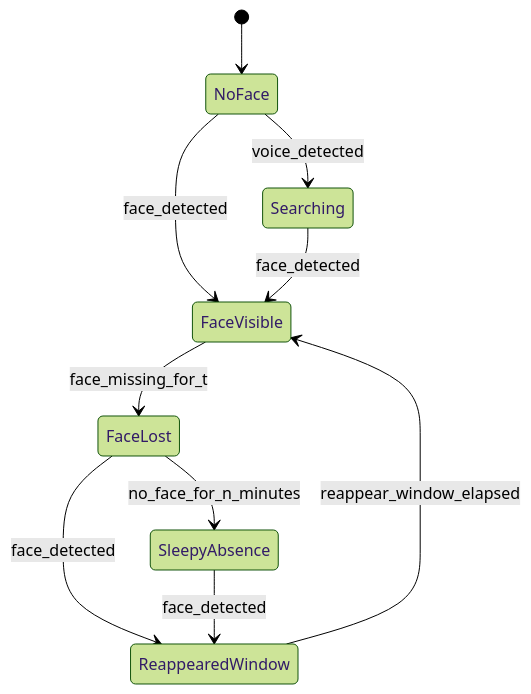
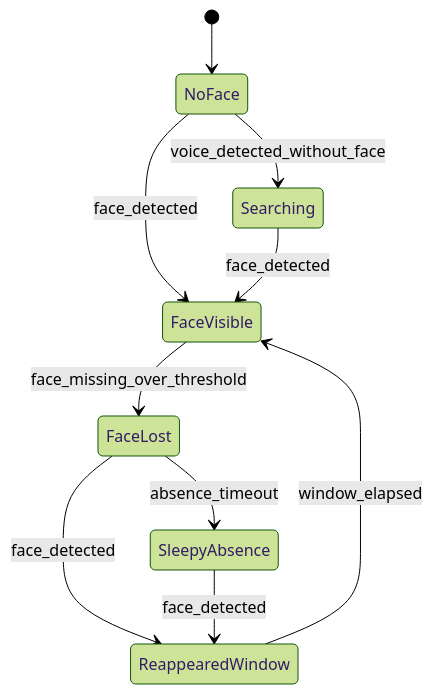
Before and after one commit to soyangBaek/RIO: the first of 4 diagrams in docs/state-machine.md, drawn with Mermaid (forest theme). The commit also changed other lines of this file and 15 other files, not shown here.

````diff
--- a/docs/state-machine.md
+++ b/docs/state-machine.md
@@ -24,12 +21,12 @@
 ```mermaid
 stateDiagram-v2
     [*] --> NoFace
-    NoFace --> Searching : voice_detected
+    NoFace --> Searching : voice_detected_without_face
     NoFace --> FaceVisible : face_detected
     Searching --> FaceVisible : face_detected
-    FaceVisible --> FaceLost : face_missing_for_t
-    FaceLost --> SleepyAbsence : no_face_for_n_minutes
+    FaceVisible --> FaceLost : face_missing_over_threshold
+    FaceLost --> SleepyAbsence : absence_timeout
     FaceLost --> ReappearedWindow : face_detected
     SleepyAbsence --> ReappearedWindow : face_detected
-    ReappearedWindow --> FaceVisible : reappear_window_elapsed
+    ReappearedWindow --> FaceVisible : window_elapsed
 ```
````
